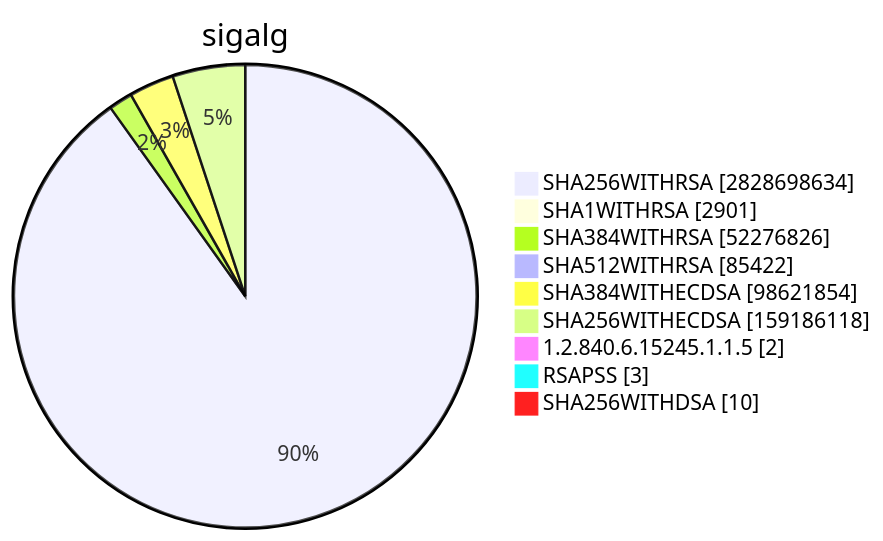
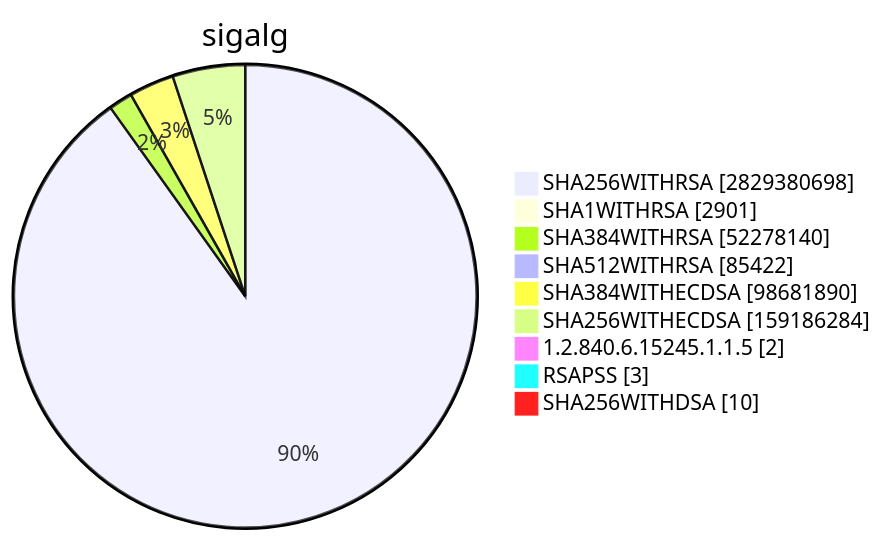
Diagram 15 of 15 in TOTAL/README.md (christiankrug/ctmonitor_visualization), drawn with Mermaid before and after one commit. The commit also changed other lines of this file, not shown here.

````diff
--- a/TOTAL/README.md
+++ b/TOTAL/README.md
@@ -6205,13 +6205,13 @@
 ```mermaid
 pie showData
 title sigalg
-"SHA256WITHRSA" :2828698634
+"SHA256WITHRSA" :2829380698
 "SHA1WITHRSA" :2901
-"SHA384WITHRSA" :52276826
+"SHA384WITHRSA" :52278140
 "SHA512WITHRSA" :85422
-"SHA384WITHECDSA" :98621854
-"SHA256WITHECDSA" :159186118
+"SHA384WITHECDSA" :98681890
+"SHA256WITHECDSA" :159186284
 "1.2.840.6.15245.1.1.5" :2
 "RSAPSS" :3
 "SHA256WITHDSA" :10
 ```
````
